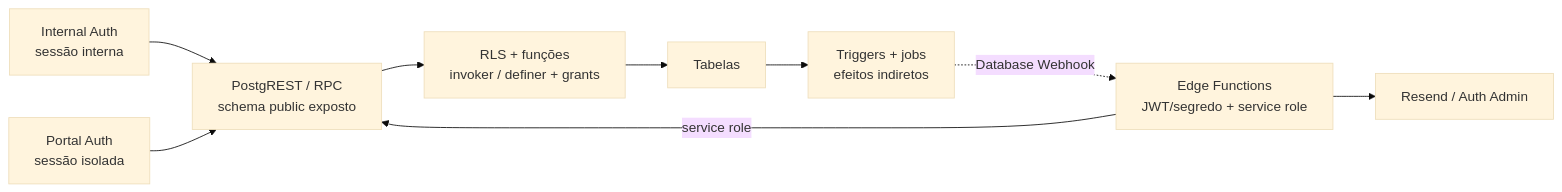
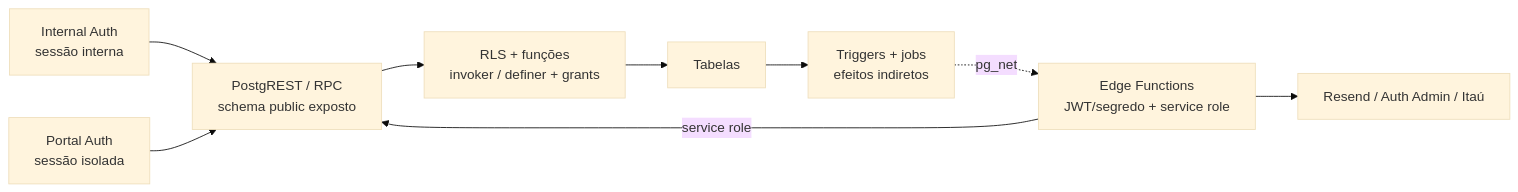
One commit to luccafwlog/vela changed the diagram in docs/RASTREABILIDADE.md. Above: the diagram before and after it, drawn with Mermaid (base theme). The commit also changed other lines of this file and 1 other file, not shown here.

````diff
--- a/docs/RASTREABILIDADE.md
+++ b/docs/RASTREABILIDADE.md
@@ -192,20 +217,20 @@
 ```mermaid
 flowchart LR
     Internal["Internal Auth<br/>sessão interna"]
     Portal["Portal Auth<br/>sessão isolada"]
     Edge["Edge Functions<br/>JWT/segredo + service role"]
     API["PostgREST / RPC<br/>schema public exposto"]
     Boundary["RLS + funções<br/>invoker / definer + grants"]
     Data["Tabelas"]
     Indirect["Triggers + jobs<br/>efeitos indiretos"]
-    External["Resend / Auth Admin"]
+    External["Resend / Auth Admin / Itaú"]
 
     Internal --> API
     Portal --> API
     Edge -->|service role| API
     API --> Boundary
     Boundary --> Data
     Data --> Indirect
-    Indirect -. Database Webhook .-> Edge
+    Indirect -. pg_net .-> Edge
     Edge --> External
 ```
````
